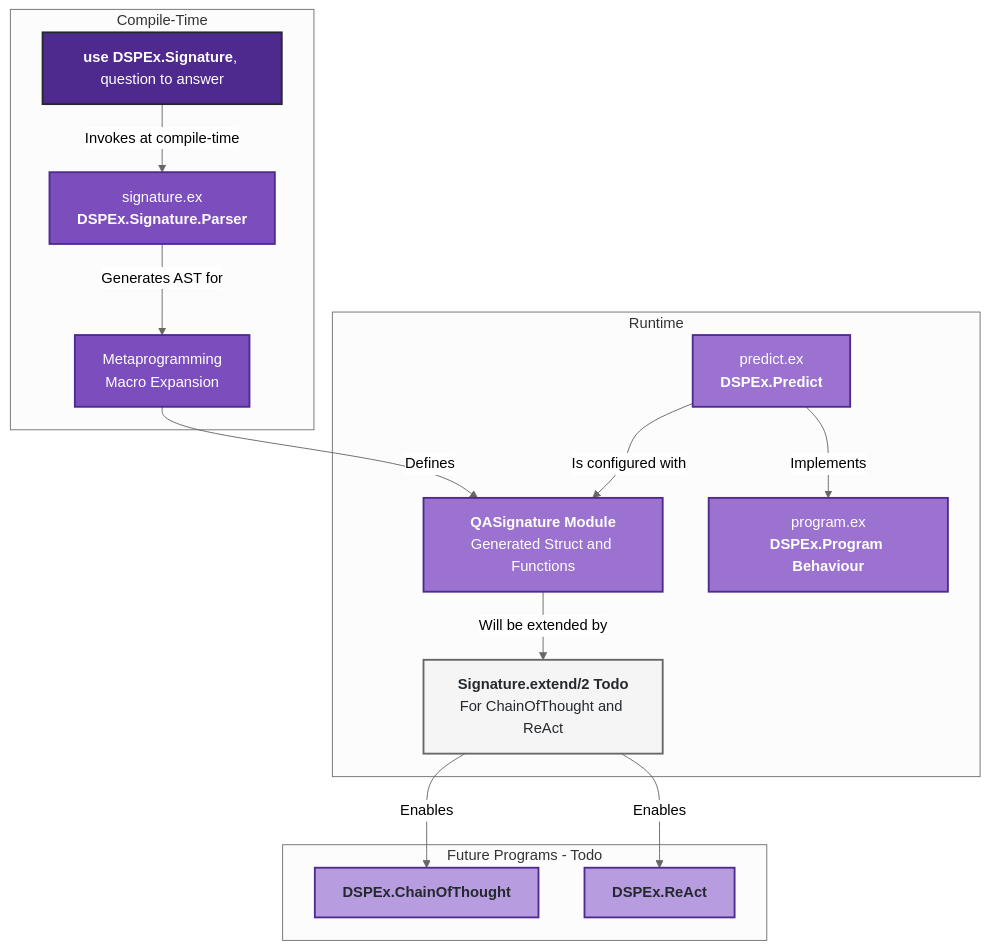
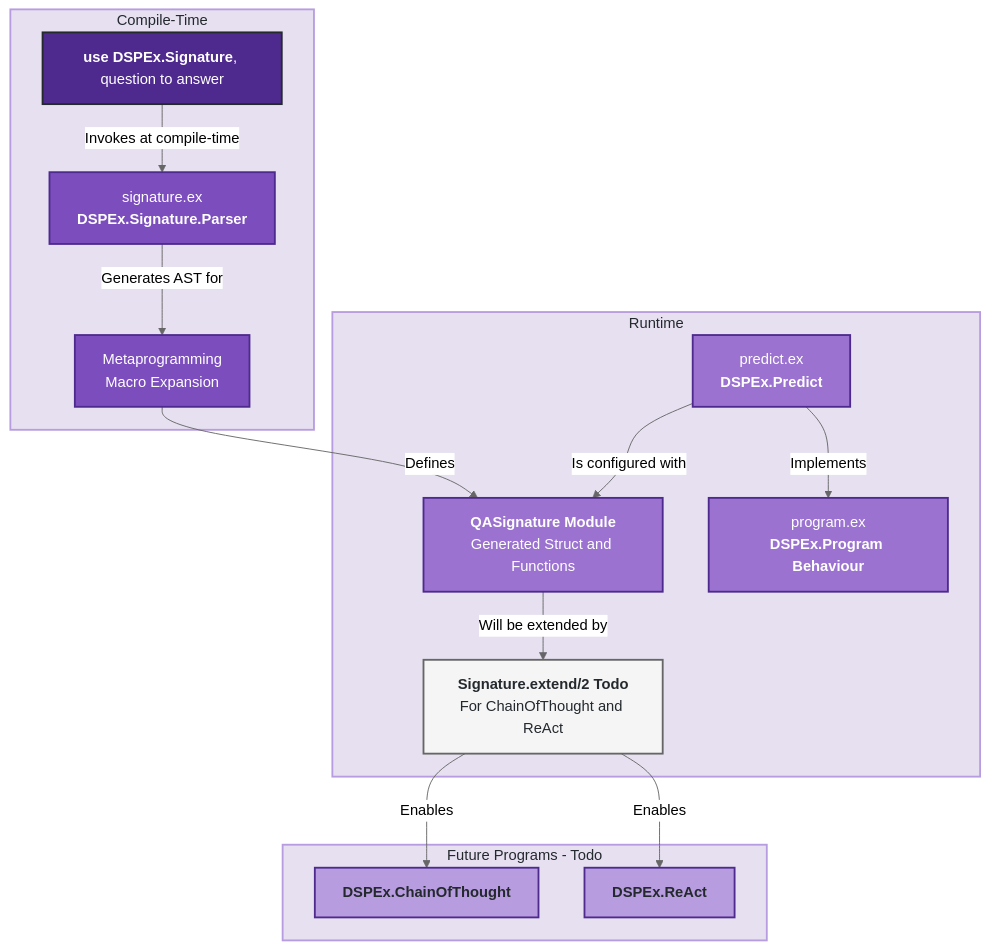
Before and after one commit to nshkrdotcom/ds_ex: the second of 4 diagrams in DIAGS_dspex_gap.md, drawn with Mermaid (neutral theme). The commit also changed other lines of this file and 8 other files, not shown here.

````diff
--- a/DIAGS_dspex_gap.md
+++ b/DIAGS_dspex_gap.md
@@ -99,47 +101,49 @@
 ```mermaid
 graph TD
-    subgraph "Compile-Time"
+    subgraph CT["Compile-Time"]
         A["<b>use DSPEx.Signature</b>, question to answer"]
         B["signature.ex<br><b>DSPEx.Signature.Parser</b>"]
         C["Metaprogramming<br>Macro Expansion"]
     end
 
-    subgraph "Runtime"
+    subgraph RT["Runtime"]
         D["<b>QASignature Module</b><br>Generated Struct and Functions"]
         E["predict.ex<br><b>DSPEx.Predict</b>"]
         F["program.ex<br><b>DSPEx.Program Behaviour</b>"]
 
         EXTEND_TODO["<b>Signature.extend/2 Todo</b><br>For ChainOfThought and ReAct"]
     end
 
-    subgraph "Future Programs - Todo"
+    subgraph FP["Future Programs - Todo"]
         COT_TODO["<b>DSPEx.ChainOfThought</b>"]
         REACT_TODO["<b>DSPEx.ReAct</b>"]
     end
 
 
     A -- "Invokes at compile-time" --> B
     B -- "Generates AST for" --> C
     C -- "Defines" --> D
 
     E -- "Implements" --> F
     E -- "Is configured with" --> D
 
     D -- "Will be extended by" --> EXTEND_TODO
     EXTEND_TODO -- "Enables" --> COT_TODO
     EXTEND_TODO -- "Enables" --> REACT_TODO
 
     %% Elixir-inspired styling
     classDef setupPhase fill:#4e2a8e,stroke:#24292e,stroke-width:2px,color:#fff
     classDef concurrentEngine fill:#7c4dbd,stroke:#4e2a8e,stroke-width:2px,color:#fff
     classDef taskNode fill:#9b72d0,stroke:#4e2a8e,stroke-width:2px,color:#fff
     classDef processNode fill:#b89ce0,stroke:#4e2a8e,stroke-width:2px,color:#24292e
     classDef resultNode fill:#d4c5ec,stroke:#4e2a8e,stroke-width:1px,color:#24292e
     classDef aggregationPhase fill:#f5f5f5,stroke:#666,stroke-width:2px,color:#24292e
+    classDef subgraphTitleTop fill:#e6e0f0,stroke:#b89ce0,stroke-width:2px,color:#24292e
 
     class A setupPhase
     class B,C concurrentEngine
     class D,E,F taskNode
     class EXTEND_TODO aggregationPhase
     class COT_TODO,REACT_TODO processNode
+    class CT,RT,FP subgraphTitleTop
 ```
````
